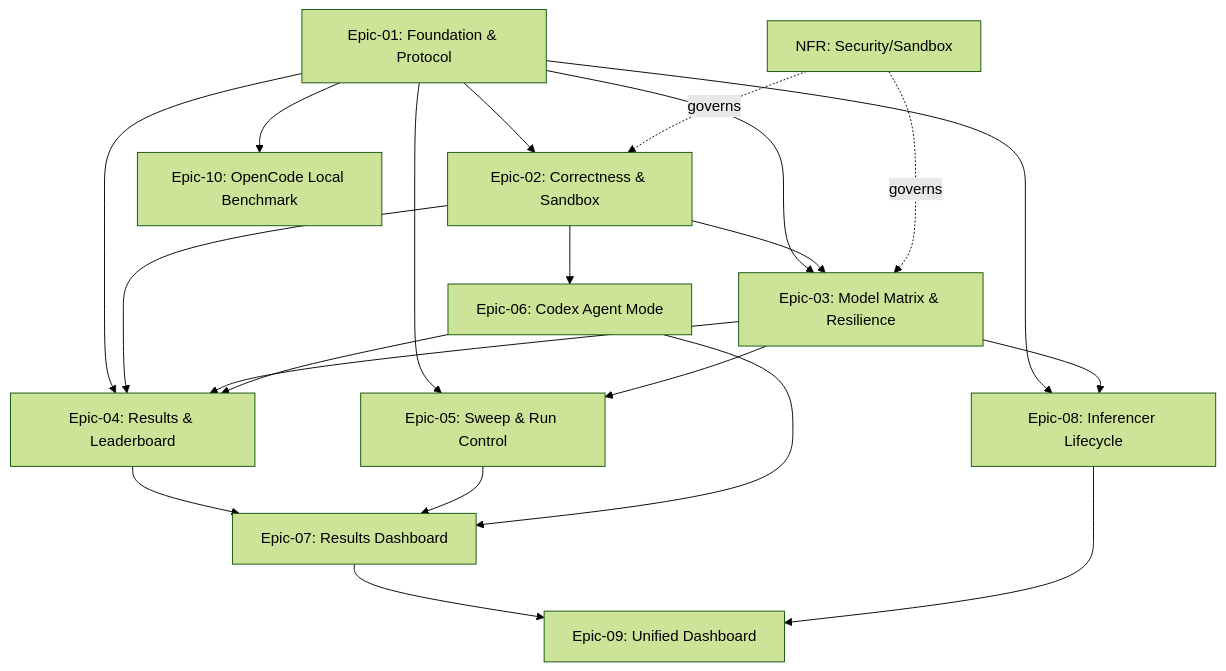
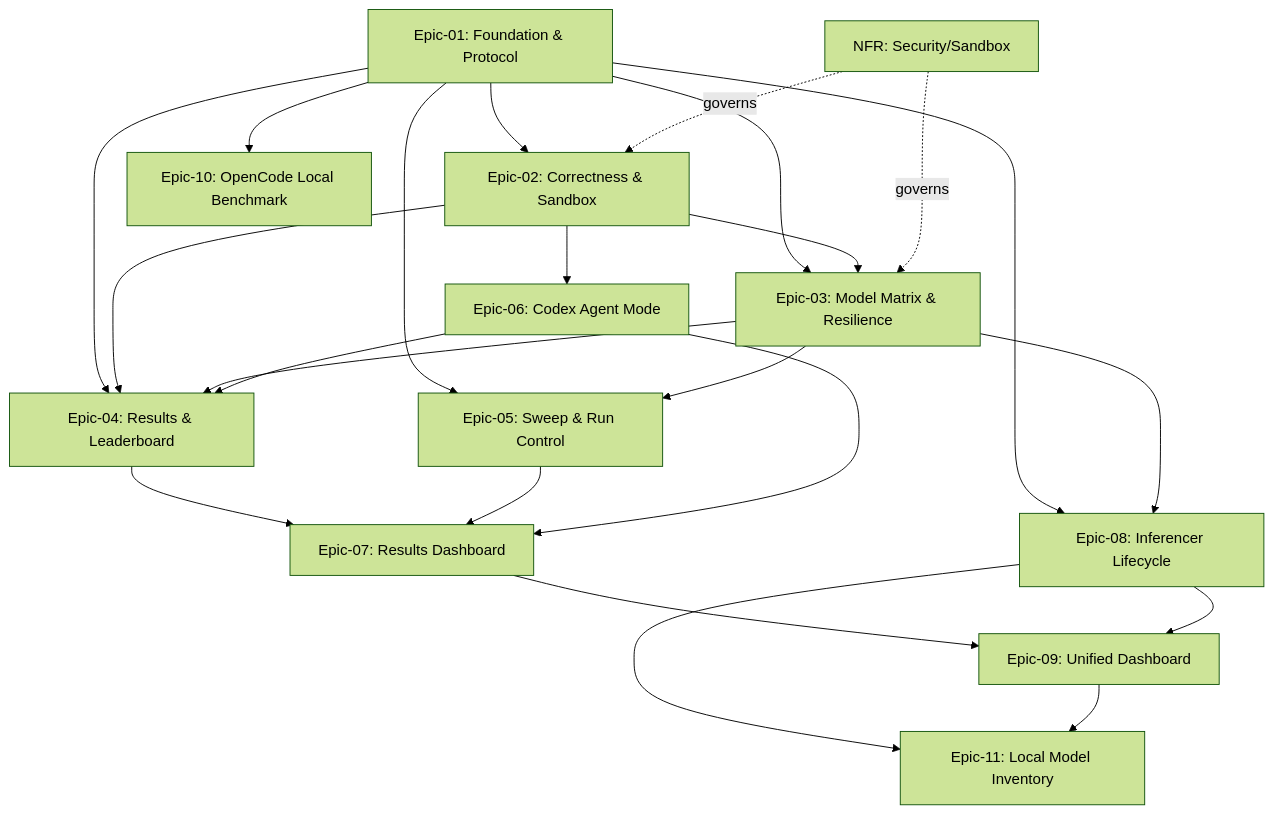
Before and after one commit to fxmartin/local-claude-code: the diagram in docs/STORIES.md, drawn with Mermaid (forest theme). The commit also changed other lines of this file and 1 other file, not shown here.

First line of the commit message:
docs: add Epic-11 local model inventory and sharing stories

````diff
--- a/docs/STORIES.md
+++ b/docs/STORIES.md
@@ -81,23 +83,25 @@
 ```mermaid
 graph TD
     E01[Epic-01: Foundation & Protocol] --> E02[Epic-02: Correctness & Sandbox]
     E01 --> E03[Epic-03: Model Matrix & Resilience]
     E02 --> E03
     E01 --> E04[Epic-04: Results & Leaderboard]
     E02 --> E04
     E03 --> E04
     E02 --> E06[Epic-06: Codex Agent Mode]
     E06 --> E04
     E01 --> E05[Epic-05: Sweep & Run Control]
     E03 --> E05
     E04 --> E07[Epic-07: Results Dashboard]
     E05 --> E07
     E06 --> E07
     E01 --> E08[Epic-08: Inferencer Lifecycle]
     E03 --> E08
     E07 --> E09[Epic-09: Unified Dashboard]
     E08 --> E09
     E01 --> E10[Epic-10: OpenCode Local Benchmark]
+    E08 --> E11[Epic-11: Local Model Inventory]
+    E09 --> E11
     NFR[NFR: Security/Sandbox] -.governs.-> E02
     NFR -.governs.-> E03
 ```
````
